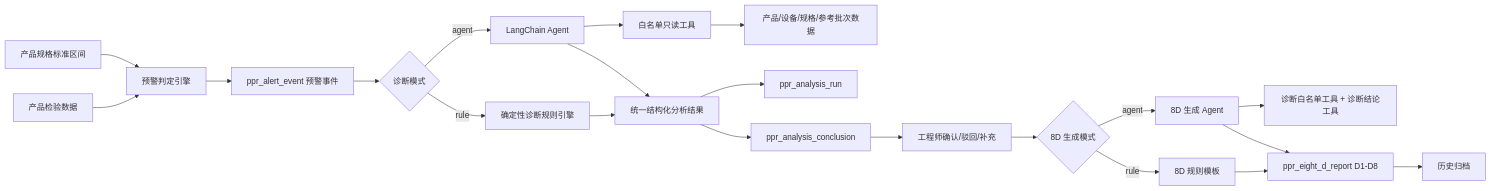
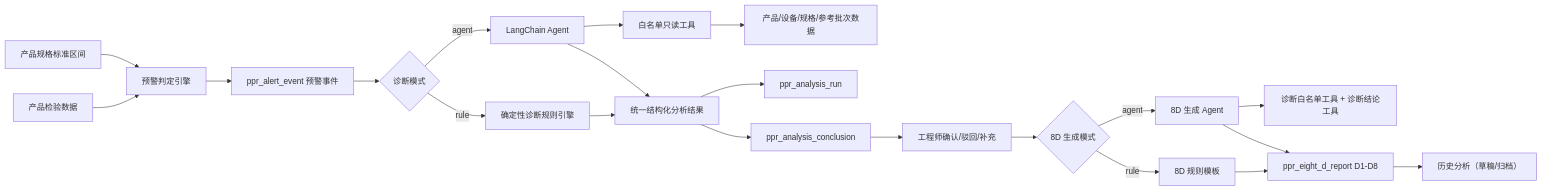
The first of 3 diagrams in code/doc/异常诊断Agent调用规则与分析逻辑.md (jsong2292-stack/PPR), drawn with Mermaid before and after one commit. The commit also changed other lines of this file and 17 other files, not shown here.

````diff
--- a/code/doc/异常诊断Agent调用规则与分析逻辑.md
+++ b/code/doc/异常诊断Agent调用规则与分析逻辑.md
@@ -45,23 +45,23 @@
 ```mermaid
 flowchart LR
     A[产品检验数据] --> B[预警判定引擎]
     C[产品规格标准区间] --> B
     B --> D[ppr_alert_event 预警事件]
     D --> E{诊断模式}
     E -->|rule| F[确定性诊断规则引擎]
     E -->|agent| G[LangChain Agent]
     G --> H[白名单只读工具]
     H --> I[产品/设备/规格/参考批次数据]
     F --> J[统一结构化分析结果]
     G --> J
     J --> K[ppr_analysis_run]
     J --> L[ppr_analysis_conclusion]
     L --> M[工程师确认/驳回/补充]
     M --> P{8D 生成模式}
     P -->|rule| Q[8D 规则模板]
     P -->|agent| R[8D 生成 Agent]
     R --> S[诊断白名单工具 + 诊断结论工具]
     Q --> N[ppr_eight_d_report D1-D8]
     R --> N
-    N --> O[历史归档]
+    N --> O[历史分析（草稿/归档）]
 ```
````
